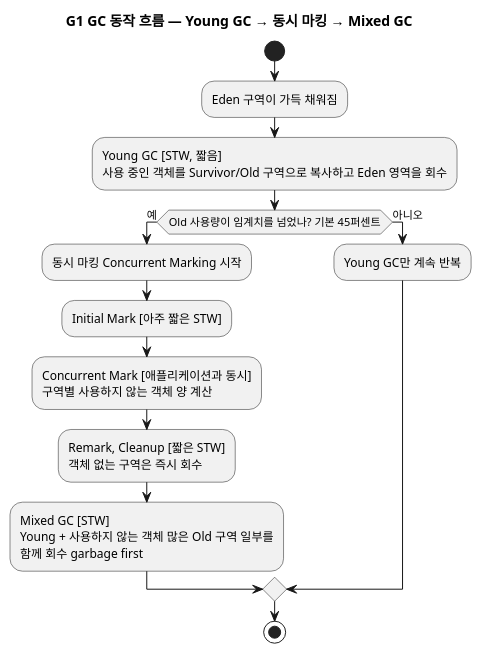
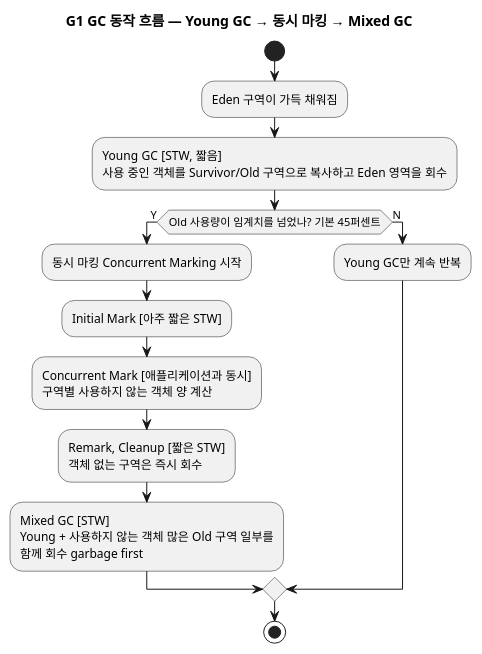
One commit to johnycho/johny-dev changed the sixth of 10 diagrams in blog/2026-08-18-java-gc-types.mdx. Above: the diagram before and after it, drawn with PlantUML. The commit also changed other lines of this file and 70 other files, not shown here.

````diff
--- a/blog/2026-08-18-java-gc-types.mdx
+++ b/blog/2026-08-18-java-gc-types.mdx
@@ -246,18 +246,18 @@
 ```plantuml
 @startuml
 title G1 GC 동작 흐름 — Young GC → 동시 마킹 → Mixed GC
 start
 :Eden 구역이 가득 채워짐;
 :Young GC [STW, 짧음]\n사용 중인 객체를 Survivor/Old 구역으로 복사하고 Eden 영역을 회수;
-if (Old 사용량이 임계치를 넘었나? 기본 45퍼센트) then (예)
+if (Old 사용량이 임계치를 넘었나? 기본 45퍼센트) then (Y)
   :동시 마킹 Concurrent Marking 시작;
   :Initial Mark [아주 짧은 STW];
   :Concurrent Mark [애플리케이션과 동시]\n구역별 사용하지 않는 객체 양 계산;
   :Remark, Cleanup [짧은 STW]\n객체 없는 구역은 즉시 회수;
   :Mixed GC [STW]\nYoung + 사용하지 않는 객체 많은 Old 구역 일부를\n함께 회수 garbage first;
-else (아니오)
+else (N)
   :Young GC만 계속 반복;
 endif
 stop
 @enduml
 ```
````
